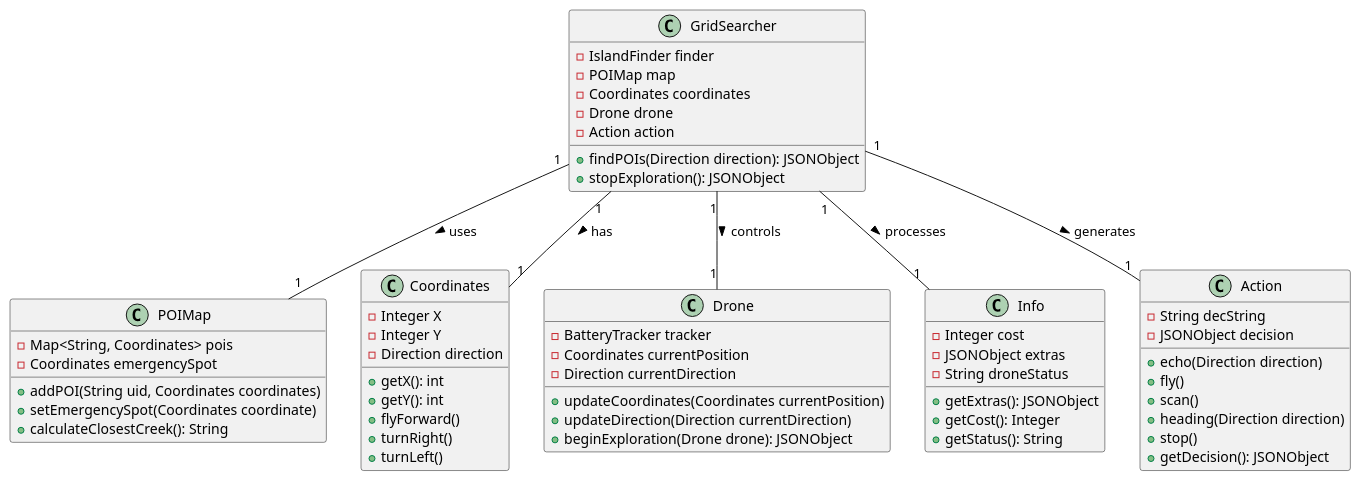
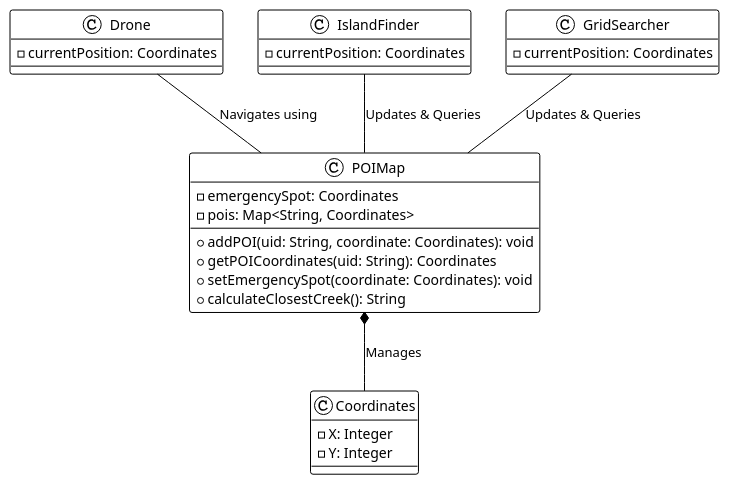
One commit to 2AA4-W24/a2-rescue-mission-team-115 changed the diagram in src/main/java/ca/mcmaster/se2aa4/island/team115/map representation.puml. Above: the diagram before and after it, drawn with PlantUML.

Commit message:
final diagrams

```diff
--- a/src/main/java/ca/mcmaster/se2aa4/island/team115/map representation.puml
+++ b/src/main/java/ca/mcmaster/se2aa4/island/team115/map representation.puml
@@ -1,67 +1,35 @@
 @startuml
+!theme plain
 
-class GridSearcher {
-    -IslandFinder finder
-    -POIMap map
-    -Coordinates coordinates
-    -Drone drone
-    -Action action
-    +findPOIs(Direction direction): JSONObject
-    +stopExploration(): JSONObject
+class Coordinates {
+  -X: Integer
+  -Y: Integer
 }
 
 class POIMap {
-    -Map<String, Coordinates> pois
-    -Coordinates emergencySpot
-    +addPOI(String uid, Coordinates coordinates)
-    +setEmergencySpot(Coordinates coordinate)
-    +calculateClosestCreek(): String
-}
-
-class Coordinates {
-    -Integer X
-    -Integer Y
-    -Direction direction
-    +getX(): int
-    +getY(): int
-    +flyForward()
-    +turnRight()
-    +turnLeft()
+  -emergencySpot: Coordinates
+  -pois: Map<String, Coordinates>
+  +addPOI(uid: String, coordinate: Coordinates): void
+  +getPOICoordinates(uid: String): Coordinates
+  +setEmergencySpot(coordinate: Coordinates): void
+  +calculateClosestCreek(): String
 }
 
 class Drone {
-    -BatteryTracker tracker
-    -Coordinates currentPosition
-    -Direction currentDirection
-    +updateCoordinates(Coordinates currentPosition)
-    +updateDirection(Direction currentDirection)
-    +beginExploration(Drone drone): JSONObject
+  -currentPosition: Coordinates
 }
 
-class Info {
-    -Integer cost
-    -JSONObject extras
-    -String droneStatus
-    +getExtras(): JSONObject
-    +getCost(): Integer
-    +getStatus(): String
+class IslandFinder {
+  -currentPosition: Coordinates
 }
 
-class Action {
-    -String decString
-    -JSONObject decision
-    +echo(Direction direction)
-    +fly()
-    +scan()
-    +heading(Direction direction)
-    +stop()
-    +getDecision(): JSONObject
+class GridSearcher {
+  -currentPosition: Coordinates
 }
 
-GridSearcher "1" -- "1" POIMap : uses >
-GridSearcher "1" -- "1" Coordinates : has >
-GridSearcher "1" -- "1" Drone : controls >
-GridSearcher "1" -- "1" Info : processes >
-GridSearcher "1" -- "1" Action : generates >
+POIMap *-- Coordinates : "Manages"
+Drone -- POIMap : "Navigates using"
+IslandFinder -- POIMap : "Updates & Queries"
+GridSearcher -- POIMap : "Updates & Queries"
 
 @enduml
```
